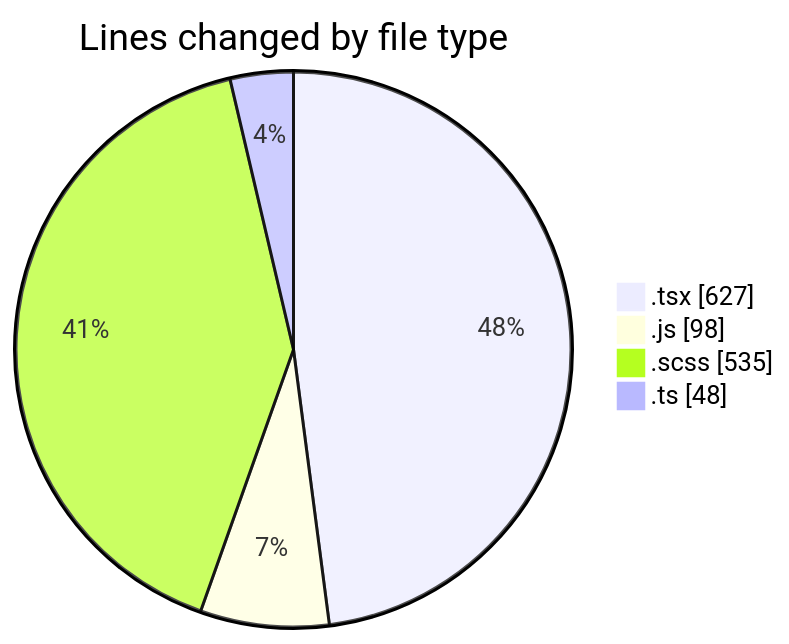
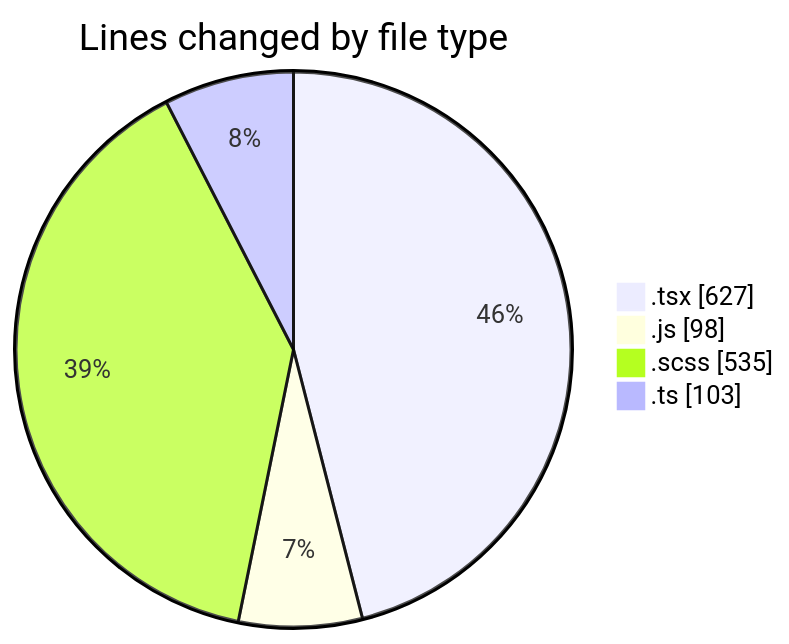
Before and after one commit to momahboobian/code-tracking: the first of 2 diagrams in 2025-03-31/cda/README.md, drawn with Mermaid. The commit also changed other lines of this file and 1 other file, not shown here.

````diff
--- a/2025-03-31/cda/README.md
+++ b/2025-03-31/cda/README.md
@@ -29,8 +29,8 @@
 ```mermaid
 pie showData
 title Lines changed by file type
 ".tsx" : 627
 ".js" : 98
 ".scss" : 535
-".ts" : 48
+".ts" : 103
 ```
````
